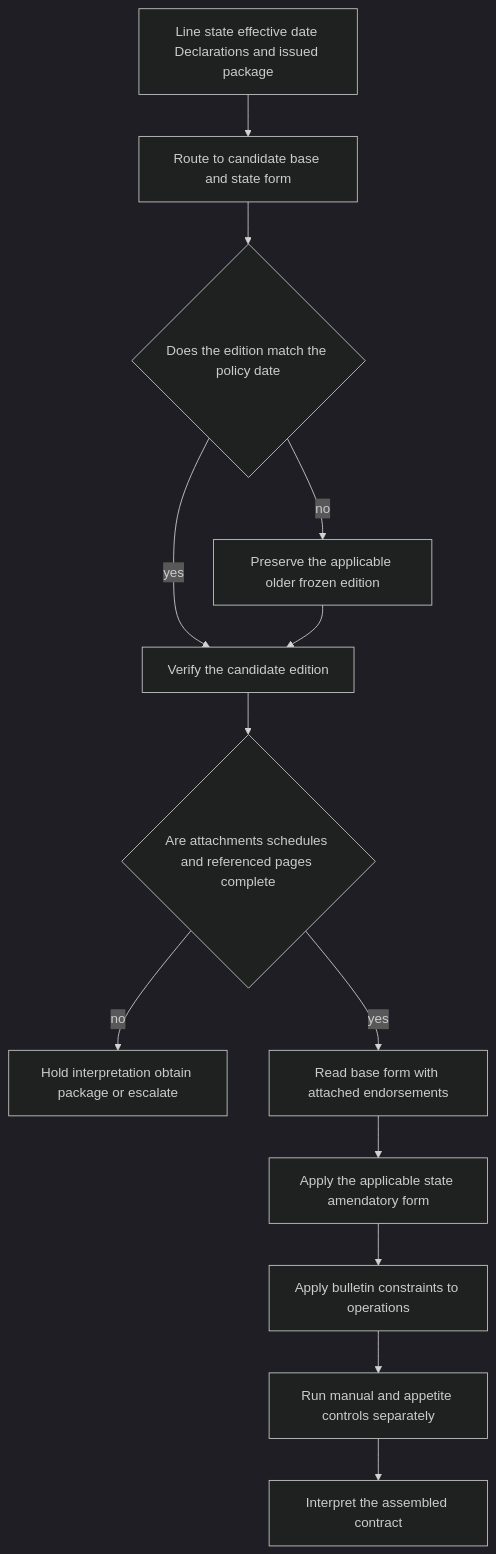
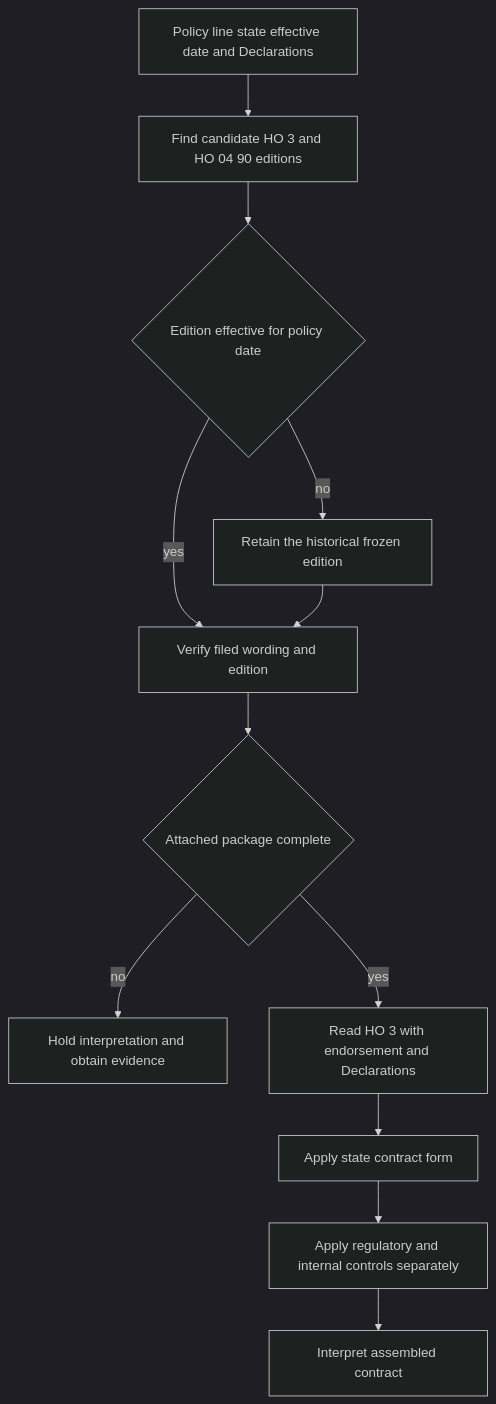
Before and after one commit to langchain-samples/openwiki-insurance-corpus: the diagram in openwiki/policy-assembly/editions-and-state-attachments.md, drawn with Mermaid (dark theme). The commit also changed other lines of this file and 78 other files, not shown here.

````diff
--- a/openwiki/policy-assembly/editions-and-state-attachments.md
+++ b/openwiki/policy-assembly/editions-and-state-attachments.md
@@ -78,15 +74,14 @@
 ```mermaid
 flowchart TD
-    A["Line state effective date Declarations and issued package"] --> B["Route to candidate base and state form"]
-    B --> C{"Does the edition match the policy date"}
-    C -->|"no"| D["Preserve the applicable older frozen edition"]
-    C -->|"yes"| E["Verify the candidate edition"]
+    A["Policy line state effective date and Declarations"] --> B["Find candidate HO 3 and HO 04 90 editions"]
+    B --> C{"Edition effective for policy date"}
+    C -->|"no"| D["Retain the historical frozen edition"]
+    C -->|"yes"| E["Verify filed wording and edition"]
     D --> E
-    E --> F{"Are attachments schedules and referenced pages complete"}
-    F -->|"no"| G["Hold interpretation obtain package or escalate"]
-    F -->|"yes"| H["Read base form with attached endorsements"]
-    H --> I["Apply the applicable state amendatory form"]
-    I --> J["Apply bulletin constraints to operations"]
-    J --> K["Run manual and appetite controls separately"]
-    K --> L["Interpret the assembled contract"]
+    E --> F{"Attached package complete"}
+    F -->|"no"| G["Hold interpretation and obtain evidence"]
+    F -->|"yes"| H["Read HO 3 with endorsement and Declarations"]
+    H --> I["Apply state contract form"]
+    I --> J["Apply regulatory and internal controls separately"]
+    J --> K["Interpret assembled contract"]
 ```
````
